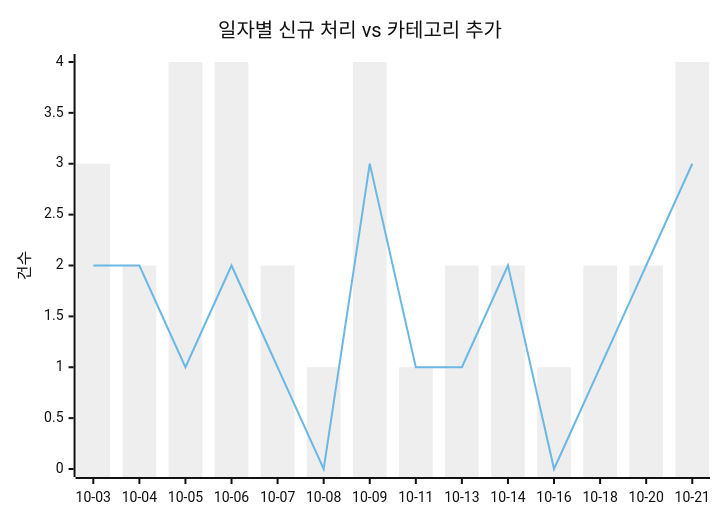
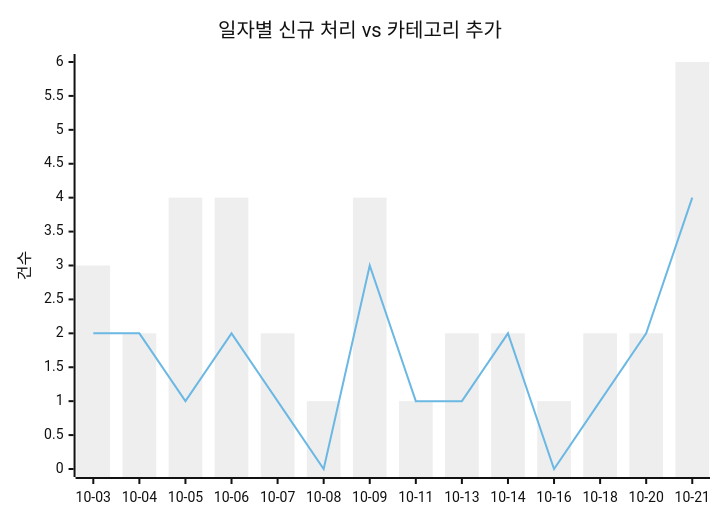
Before and after one commit to J-nowcow/awesome-korean-agent-skills: the first of 2 diagrams in docs/trends.md, drawn with Mermaid (neutral theme). The commit also changed other lines of this file and 4 other files, not shown here.

````diff
--- a/docs/trends.md
+++ b/docs/trends.md
@@ -32,8 +32,8 @@
 ```mermaid
 xychart-beta
     title "일자별 신규 처리 vs 카테고리 추가"
     x-axis ["10-03","10-04","10-05","10-06","10-07","10-08","10-09","10-11","10-13","10-14","10-16","10-18","10-20","10-21"]
     y-axis "건수"
-    bar [3,2,4,4,2,1,4,1,2,2,1,2,2,4]
-    line [2,2,1,2,1,0,3,1,1,2,0,1,2,3]
+    bar [3,2,4,4,2,1,4,1,2,2,1,2,2,6]
+    line [2,2,1,2,1,0,3,1,1,2,0,1,2,4]
 ```
````
